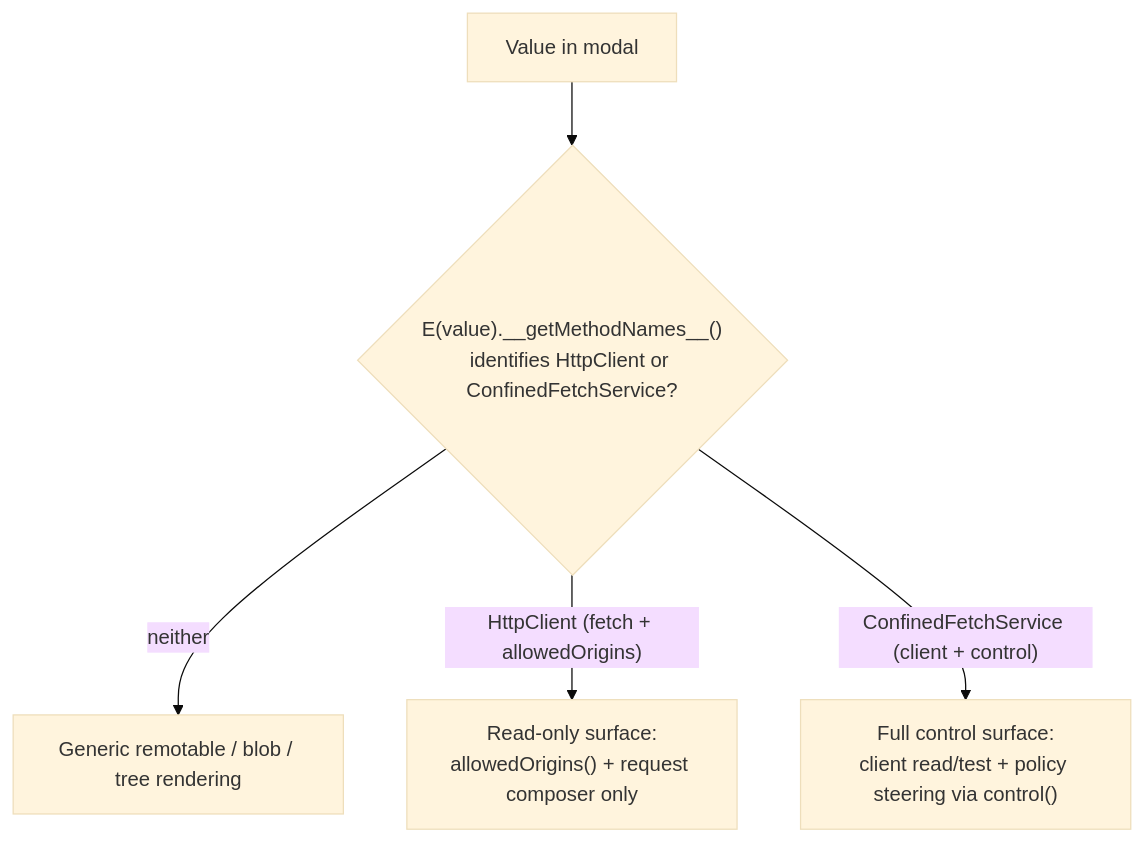
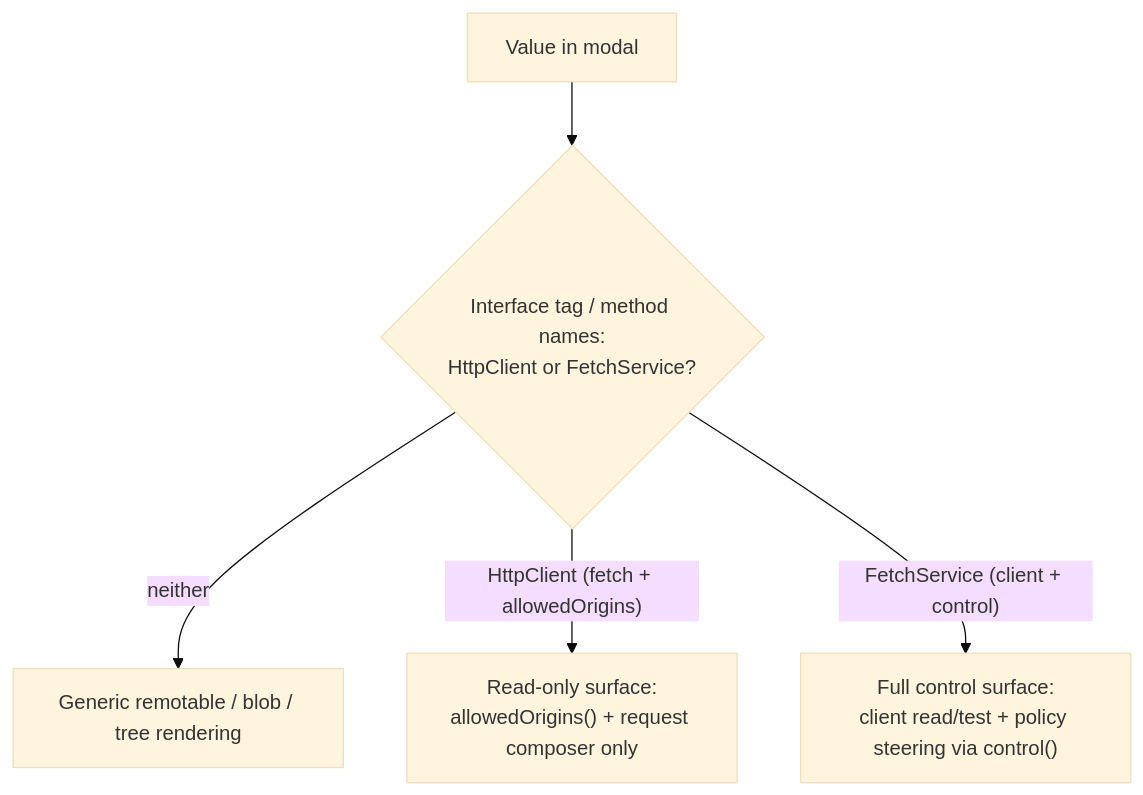
The first of 2 diagrams in designs/chat-http-controller-ui.md (endojs/endo-but-for-bots), drawn with Mermaid (base theme) before and after one commit. The commit also changed other lines of this file and 1 other file, not shown here.

````diff
--- a/designs/chat-http-controller-ui.md
+++ b/designs/chat-http-controller-ui.md
@@ -156,7 +221,7 @@
 ```mermaid
 flowchart TD
-  V["Value in modal"] --> D{"E(value).__getMethodNames__()<br/>identifies HttpClient or ConfinedFetchService?"}
-  D -- neither --> G["Generic remotable / blob / tree rendering"]
+  V["Value in modal"] --> D{"Interface tag / method names:<br/>HttpClient or FetchService?"}
+  D -- "neither" --> G["Generic remotable / blob / tree rendering"]
   D -- "HttpClient (fetch + allowedOrigins)" --> R["Read-only surface:<br/>allowedOrigins() + request composer only"]
-  D -- "ConfinedFetchService (client + control)" --> F["Full control surface:<br/>client read/test + policy steering via control()"]
+  D -- "FetchService (client + control)" --> F["Full control surface:<br/>client read/test + policy steering via control()"]
 ```
````
